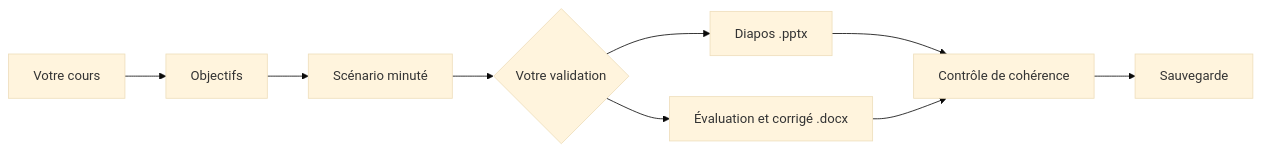
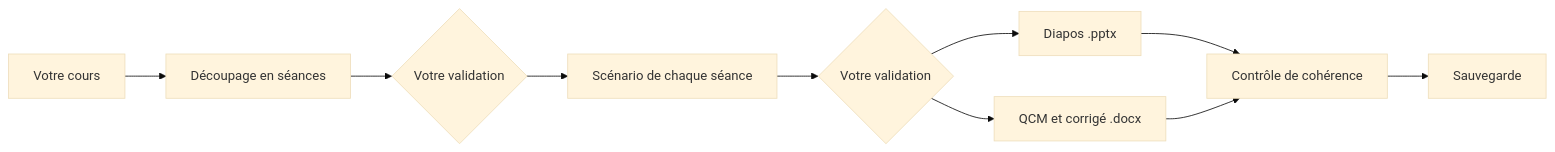
The diagram in README.md (d3Ita/prepa-cours), drawn with Mermaid (base theme) before and after one commit. The commit also changed other lines of this file and 35 other files, not shown here.

First line of the commit message:
Adapter le cours aux heures et aux séances, avec un QCM par séance

````diff
--- a/README.md
+++ b/README.md
@@ -14,11 +14,12 @@
 ```mermaid
 flowchart LR
-    A[Votre cours] --> B[Objectifs]
-    B --> C[Scénario minuté]
-    C --> V{Votre validation}
-    V --> D[Diapos .pptx]
-    V --> E[Évaluation et corrigé .docx]
+    A[Votre cours] --> B[Découpage en séances]
+    B --> V1{Votre validation}
+    V1 --> C[Scénario de chaque séance]
+    C --> V2{Votre validation}
+    V2 --> D[Diapos .pptx]
+    V2 --> E[QCM et corrigé .docx]
     D --> F[Contrôle de cohérence]
     E --> F
     F --> G[Sauvegarde]
 ```
````
